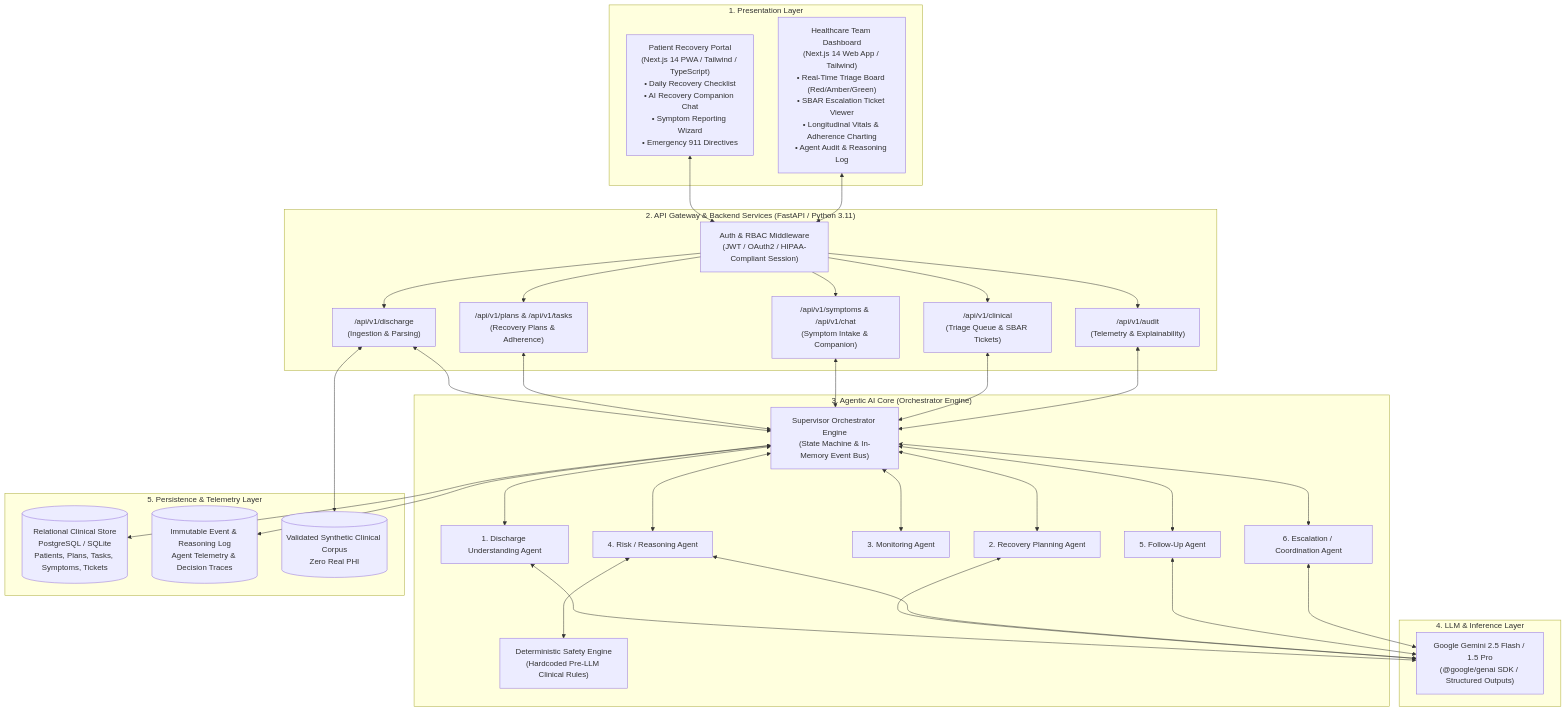
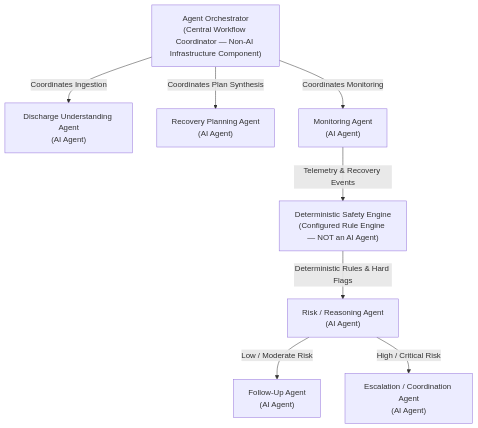
Before and after one commit to pavan15279/carebridge-ai: the diagram in docs/architecture/system-architecture.md, drawn with Mermaid. The commit also changed other lines of this file and 3 other files, not shown here.

Commit message:
docs: clarify agent orchestration flow

````diff
--- a/docs/architecture/system-architecture.md
+++ b/docs/architecture/system-architecture.md
@@ -46,68 +46,25 @@
 ```mermaid
-flowchart TB
-    subgraph PresentationLayer ["1. Presentation Layer"]
-        PATIENT_PORTAL["Patient Recovery Portal\n(Next.js 14 PWA / Tailwind / TypeScript)\n• Daily Recovery Checklist\n• AI Recovery Companion Chat\n• Symptom Reporting Wizard\n• Emergency 911 Directives"]
-        CLINICAL_DASHBOARD["Healthcare Team Dashboard\n(Next.js 14 Web App / Tailwind)\n• Real-Time Triage Board (Red/Amber/Green)\n• SBAR Escalation Ticket Viewer\n• Longitudinal Vitals & Adherence Charting\n• Agent Audit & Reasoning Log"]
-    end
+flowchart TD
+    ORCHESTRATOR["Agent Orchestrator\n(Central Workflow Coordinator — Non-AI Infrastructure Component)"]
 
-    subgraph APIGateway ["2. API Gateway & Backend Services (FastAPI / Python 3.11)"]
-        AUTH_SVC["Auth & RBAC Middleware\n(JWT / OAuth2 / HIPAA-Compliant Session)"]
-        DISCHARGE_API["/api/v1/discharge\n(Ingestion & Parsing)"]
-        PLAN_API["/api/v1/plans & /api/v1/tasks\n(Recovery Plans & Adherence)"]
-        SYMPTOM_API["/api/v1/symptoms & /api/v1/chat\n(Symptom Intake & Companion)"]
-        CLINICAL_API["/api/v1/clinical\n(Triage Queue & SBAR Tickets)"]
-        AUDIT_API["/api/v1/audit\n(Telemetry & Explainability)"]
-    end
+    AGENT_1["Discharge Understanding Agent\n(AI Agent)"]
+    AGENT_2["Recovery Planning Agent\n(AI Agent)"]
+    AGENT_3["Monitoring Agent\n(AI Agent)"]
 
-    subgraph AgentCore ["3. Agentic AI Core (Orchestrator Engine)"]
-        ORCHESTRATOR["Supervisor Orchestrator Engine\n(State Machine & In-Memory Event Bus)"]
+    SAFETY_ENGINE["Deterministic Safety Engine\n(Configured Rule Engine — NOT an AI Agent)"]
 
-        AGENT_1["1. Discharge Understanding Agent"]
-        AGENT_2["2. Recovery Planning Agent"]
-        AGENT_3["3. Monitoring Agent"]
-        AGENT_4["4. Risk / Reasoning Agent"]
-        AGENT_5["5. Follow-Up Agent"]
-        AGENT_6["6. Escalation / Coordination Agent"]
+    AGENT_4["Risk / Reasoning Agent\n(AI Agent)"]
 
-        SAFETY_ENGINE["Deterministic Safety Engine\n(Hardcoded Pre-LLM Clinical Rules)"]
-    end
+    AGENT_5["Follow-Up Agent\n(AI Agent)"]
+    AGENT_6["Escalation / Coordination Agent\n(AI Agent)"]
 
-    subgraph InferenceLayer ["4. LLM & Inference Layer"]
-        GEMINI_LLM["Google Gemini 2.5 Flash / 1.5 Pro\n(@google/genai SDK / Structured Outputs)"]
-    end
+    ORCHESTRATOR -->|Coordinates Ingestion| AGENT_1
+    ORCHESTRATOR -->|Coordinates Plan Synthesis| AGENT_2
+    ORCHESTRATOR -->|Coordinates Monitoring| AGENT_3
 
-    subgraph PersistenceLayer ["5. Persistence & Telemetry Layer"]
-        RELATIONAL_DB[(Relational Clinical Store\nPostgreSQL / SQLite\nPatients, Plans, Tasks, Symptoms, Tickets)]
-        AUDIT_STORE[(Immutable Event & Reasoning Log\nAgent Telemetry & Decision Traces)]
-        SYNTHETIC_DATA[(Validated Synthetic Clinical Corpus\nZero Real PHI)]
-    end
+    AGENT_3 -->|Telemetry & Recovery Events| SAFETY_ENGINE
+    SAFETY_ENGINE -->|Deterministic Rules & Hard Flags| AGENT_4
 
-    PATIENT_PORTAL <--> AUTH_SVC
-    CLINICAL_DASHBOARD <--> AUTH_SVC
-
-    AUTH_SVC --> DISCHARGE_API
-    AUTH_SVC --> PLAN_API
-    AUTH_SVC --> SYMPTOM_API
-    AUTH_SVC --> CLINICAL_API
-    AUTH_SVC --> AUDIT_API
-
-    DISCHARGE_API <--> ORCHESTRATOR
-    PLAN_API <--> ORCHESTRATOR
-    SYMPTOM_API <--> ORCHESTRATOR
-    CLINICAL_API <--> ORCHESTRATOR
-    AUDIT_API <--> ORCHESTRATOR
-
-    ORCHESTRATOR <--> AGENT_1
-    ORCHESTRATOR <--> AGENT_2
-    ORCHESTRATOR <--> AGENT_3
-    ORCHESTRATOR <--> AGENT_4
-    ORCHESTRATOR <--> AGENT_5
-    ORCHESTRATOR <--> AGENT_6
-
-    AGENT_4 <--> SAFETY_ENGINE
-    AGENT_1 & AGENT_2 & AGENT_4 & AGENT_5 & AGENT_6 <--> GEMINI_LLM
-
-    ORCHESTRATOR <--> RELATIONAL_DB
-    ORCHESTRATOR <--> AUDIT_STORE
-    DISCHARGE_API <--> SYNTHETIC_DATA
+    AGENT_4 -->|Low / Moderate Risk| AGENT_5
+    AGENT_4 -->|High / Critical Risk| AGENT_6
 ```
````
